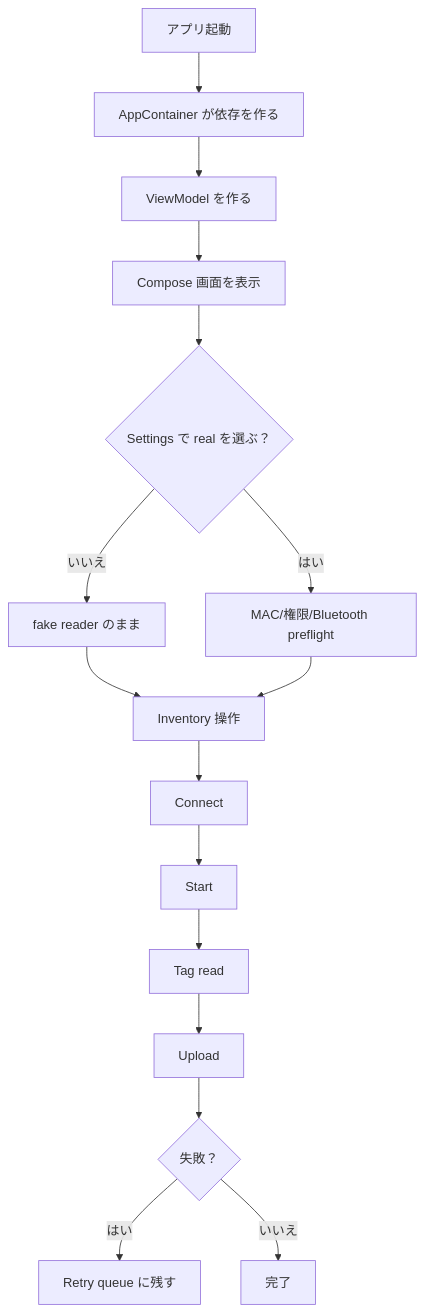
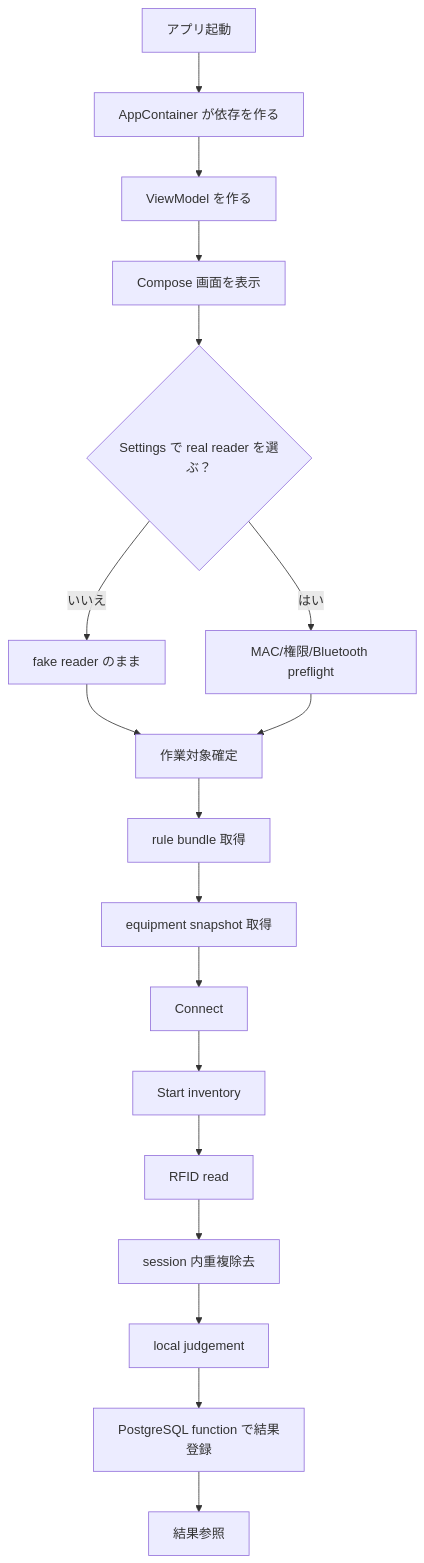
Before and after one commit to kuroronrobins/TraceLink: the first of 3 diagrams in AndroidStudio/RP902App/docs/onboarding/03_処理フロー.md, drawn with Mermaid. The commit also changed other lines of this file and 83 other files, not shown here.

````diff
--- a/AndroidStudio/RP902App/docs/onboarding/03_処理フロー.md
+++ b/AndroidStudio/RP902App/docs/onboarding/03_処理フロー.md
@@ -7,18 +7,20 @@
 ```mermaid
 flowchart TD
     Launch["アプリ起動"] --> Container["AppContainer が依存を作る"]
     Container --> VM["ViewModel を作る"]
     VM --> UI["Compose 画面を表示"]
-    UI --> Settings{"Settings で real を選ぶ？"}
+    UI --> Settings{"Settings で real reader を選ぶ？"}
     Settings -- "いいえ" --> Fake["fake reader のまま"]
     Settings -- "はい" --> Preflight["MAC/権限/Bluetooth preflight"]
-    Fake --> Inventory["Inventory 操作"]
-    Preflight --> Inventory
-    Inventory --> Connect["Connect"]
-    Connect --> Start["Start"]
-    Start --> Read["Tag read"]
-    Read --> Upload["Upload"]
-    Upload --> Retry{"失敗？"}
-    Retry -- "はい" --> Queue["Retry queue に残す"]
-    Retry -- "いいえ" --> Done["完了"]
+    Fake --> Work["作業対象確定"]
+    Preflight --> Work
+    Work --> Rule["rule bundle 取得"]
+    Rule --> Equipment["equipment snapshot 取得"]
+    Equipment --> Connect["Connect"]
+    Connect --> Start["Start inventory"]
+    Start --> Read["RFID read"]
+    Read --> Dedupe["session 内重複除去"]
+    Dedupe --> Judge["local judgement"]
+    Judge --> Register["PostgreSQL function で結果登録"]
+    Register --> Done["結果参照"]
 ```
````
